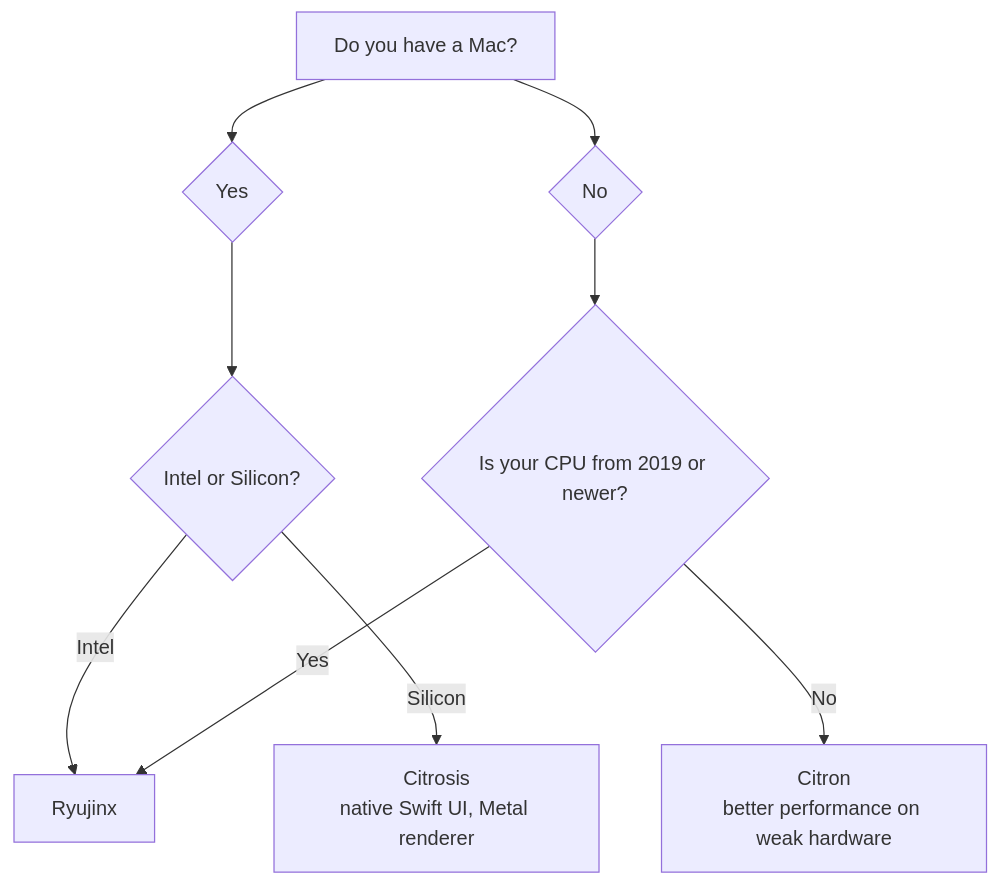
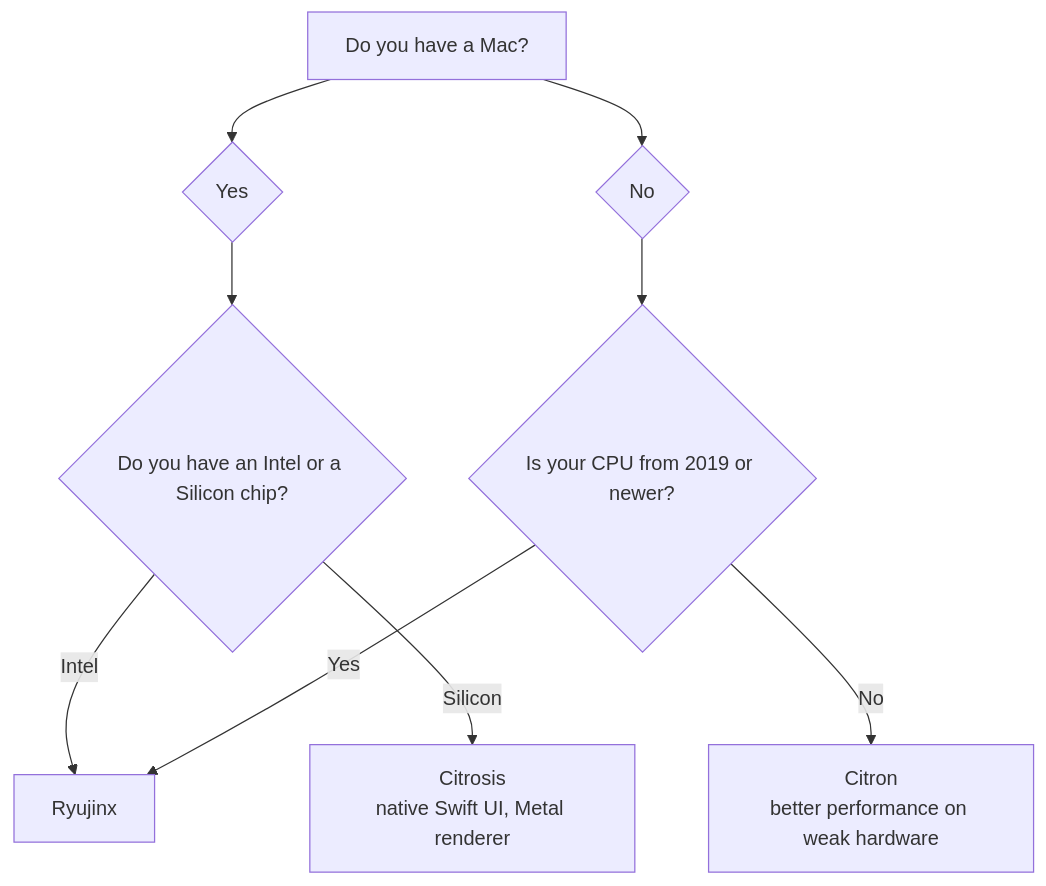
The diagram in README.md (GRID0-net/GRID0), drawn with Mermaid before and after one commit. The commit also changed other lines of this file, not shown here.

Commit message:
Update flowchart and remove ZeroTier client note
Clarify the question about chip type in the flowchart and remove unnecessary text about the ZeroTier client.

````diff
--- a/README.md
+++ b/README.md
@@ -54,12 +54,12 @@
 ```mermaid
 graph TD
     A[Do you have a Mac?] --> B{Yes}
     A --> C{No}
-    B --> D{Intel or Silicon?}
+    B --> D{Do you have an Intel or a Silicon chip?}
     D -->|Intel| E[Ryujinx]
     D -->|Silicon| F[Citrosis<br/>native Swift UI, Metal renderer]
     C --> G{Is your CPU from 2019 or newer?}
     G -->|Yes| E
     G -->|No| I[Citron<br/>better performance on weak hardware]
     click I "https://github.com/GRID0-net/GRID0-citron"
 ```
````
